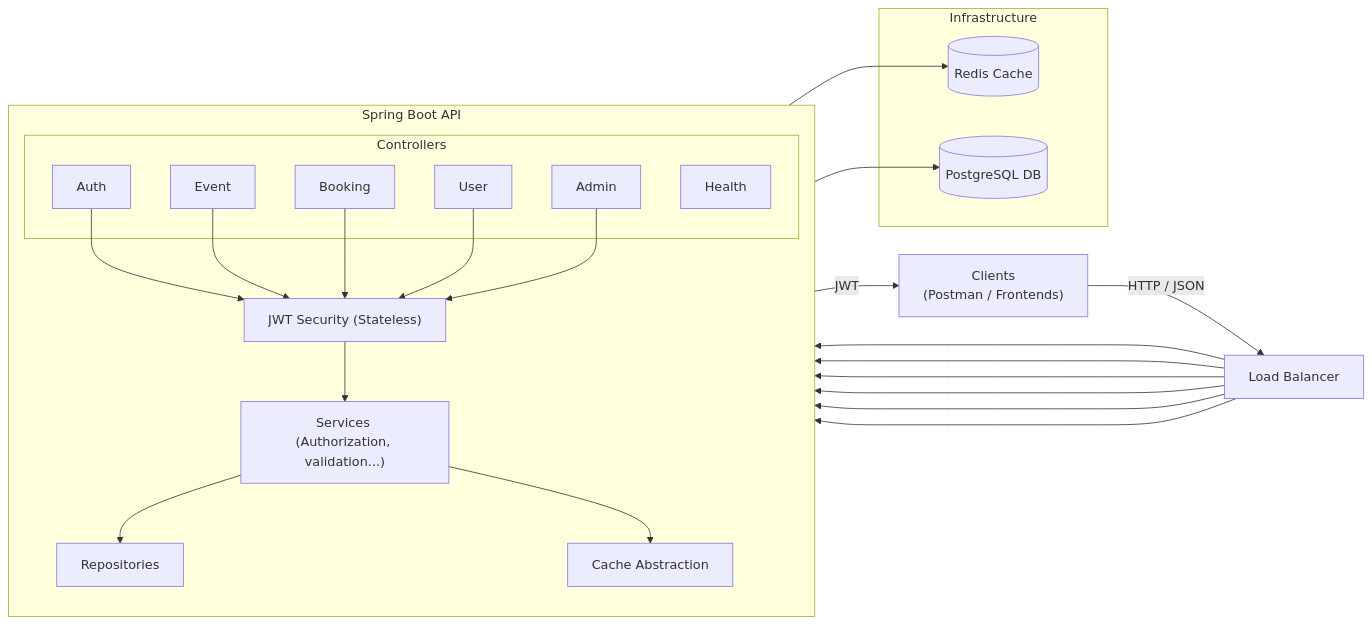
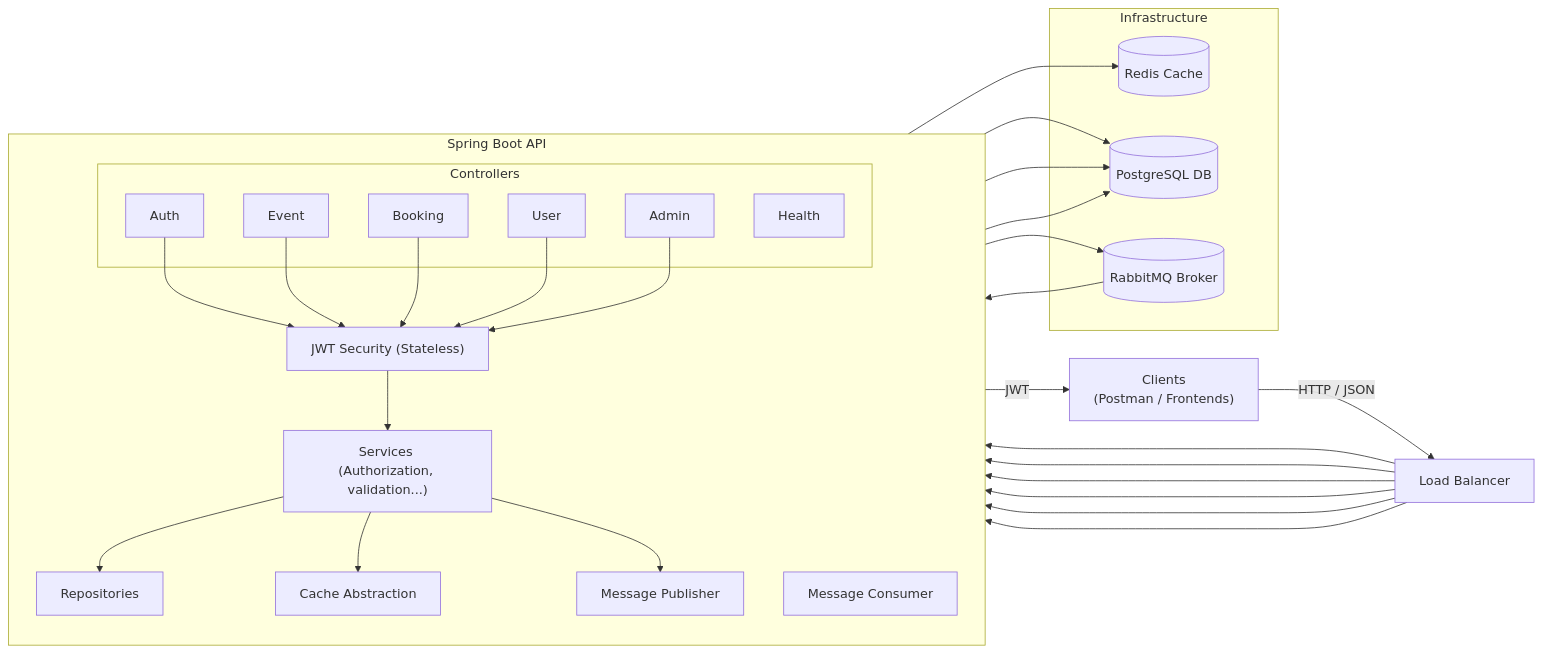
The diagram in README.md (draff1800/booking-service), drawn with Mermaid before and after one commit. The commit also changed other lines of this file and 3 other files, not shown here.

````diff
--- a/README.md
+++ b/README.md
@@ -45,53 +50,61 @@
 ```mermaid
 flowchart LR
 
   Client["Clients<br/>(Postman / Frontends)"]
   LB["Load Balancer"]
 
   subgraph API["Spring Boot API"]
     direction TB
 
     Security["JWT Security (Stateless)"]
 
     subgraph Controllers["Controllers"]
       Auth["Auth"]
       Event["Event"]
       Booking["Booking"]
       User["User"]
       Admin["Admin"]
       Health["Health"]
     end
 
     Services["Services <br/>(Authorization, validation...)"]
     Repositories["Repositories"]
     Cache["Cache Abstraction"]
+    Outbox["Message Publisher"]
+    Consumer["Message Consumer"]
   end
 
   subgraph Infra["Infrastructure"]
     Redis[("Redis Cache")]
     Postgres[(PostgreSQL DB)]
+    RabbitMQ[("RabbitMQ Broker")]
   end
 
   Client -->|HTTP / JSON| LB
   LB --> Auth
   LB --> Event
   LB --> Booking
   LB --> User
   LB --> Admin
   LB --> Health
 
   Auth --> Security
   Event --> Security
   Booking --> Security
   User --> Security
   Admin --> Security
 
   Security --> Services
   Services --> Repositories
   Services --> Cache
+  Services --> Outbox
 
   Cache --> Redis
   Repositories --> Postgres
+  Outbox --> Postgres
+  Outbox --> RabbitMQ
+  RabbitMQ --> Consumer
+  Consumer --> Postgres
 
   Auth -->|JWT| Client
 ```
````
